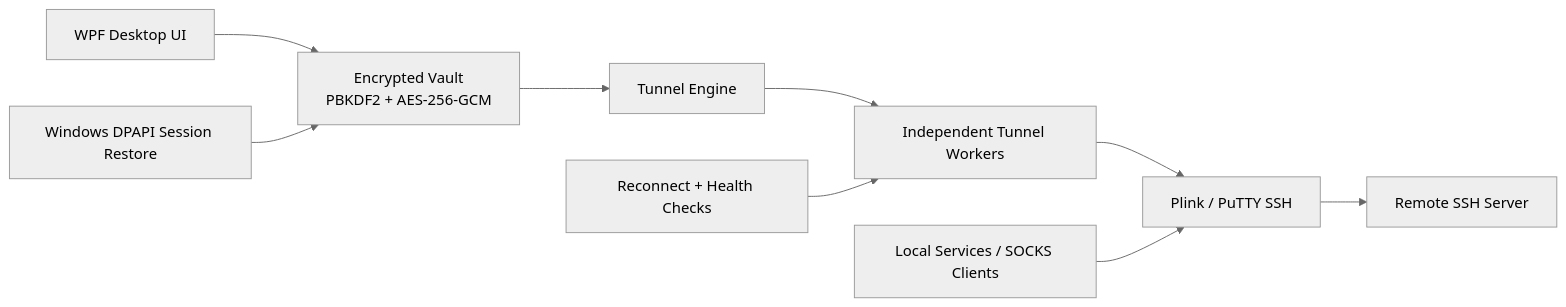
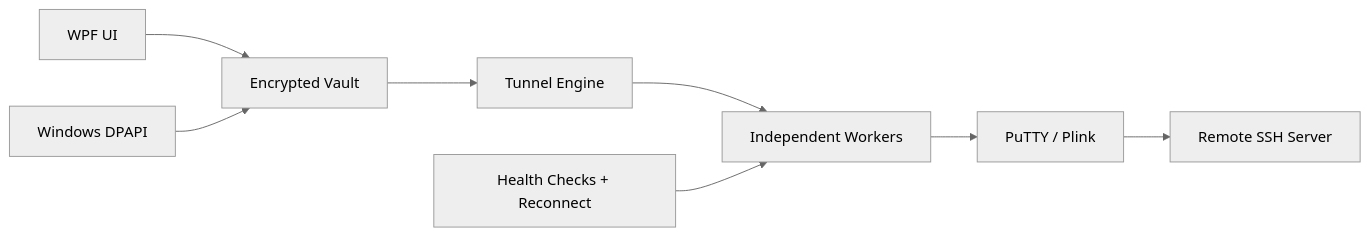
The first of 2 diagrams in README.md (Danial-Zolfaghari/TunnelGate), drawn with Mermaid (neutral theme) before and after one commit. The commit also changed other lines of this file and 22 other files, not shown here.

````diff
--- a/README.md
+++ b/README.md
@@ -50,21 +19,10 @@
 ```mermaid
 flowchart LR
-    UI["WPF Desktop UI"]
-    VAULT["Encrypted Vault<br/>PBKDF2 + AES-256-GCM"]
-    ENGINE["Tunnel Engine"]
-    WORKERS["Independent Tunnel Workers"]
-    PLINK["Plink / PuTTY SSH"]
-    REMOTE["Remote SSH Server"]
-    LOCAL["Local Services / SOCKS Clients"]
-    HEALTH["Reconnect + Health Checks"]
-    DPAPI["Windows DPAPI Session Restore"]
-
-    UI --> VAULT
-    VAULT --> ENGINE
-    DPAPI --> VAULT
-    ENGINE --> WORKERS
-    WORKERS --> PLINK
-    PLINK --> REMOTE
-    LOCAL --> PLINK
-    HEALTH --> WORKERS
+ UI[WPF UI] --> Vault[Encrypted Vault]
+ Vault --> Engine[Tunnel Engine]
+ Engine --> Workers[Independent Workers]
+ Workers --> Plink[PuTTY / Plink]
+ Plink --> SSH[Remote SSH Server]
+ DPAPI[Windows DPAPI] --> Vault
+ Health[Health Checks + Reconnect] --> Workers
 ```
````
